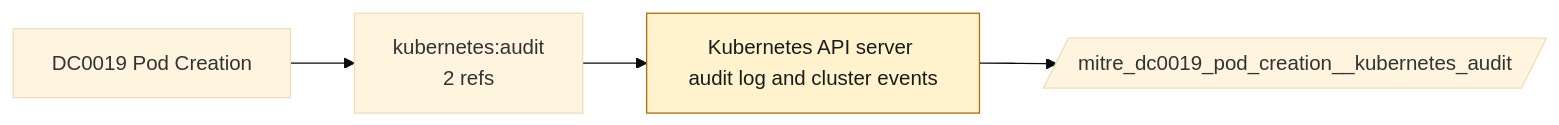
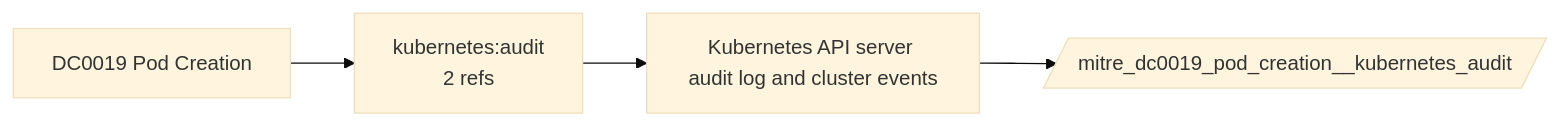
The diagram in docs/data-components/DC0019-pod-creation.md (dev-nobytes-io/mitre-defensive-mappings-spl), drawn with Mermaid (base theme) before and after one commit. The commit also changed other lines of this file and 366 other files, not shown here.

````diff
--- a/docs/data-components/DC0019-pod-creation.md
+++ b/docs/data-components/DC0019-pod-creation.md
@@ -19,11 +19,8 @@
 ```mermaid
 flowchart LR
   DC["DC0019 Pod Creation"]
   DC --> LS0["kubernetes:audit<br/>2 refs"]
   F_kubernetes_audit["Kubernetes API server audit log and cluster events"]
   LS0 --> F_kubernetes_audit
   F_kubernetes_audit --> ET_kubernetes_audit[/"mitre_dc0019_pod_creation__kubernetes_audit"/]
-  class F_kubernetes_audit ready
-  classDef live fill:#d4edda,stroke:#2e7d32,color:#1b1b1b
-  classDef ready fill:#fff3cd,stroke:#b26a00,color:#1b1b1b
 ```
````
